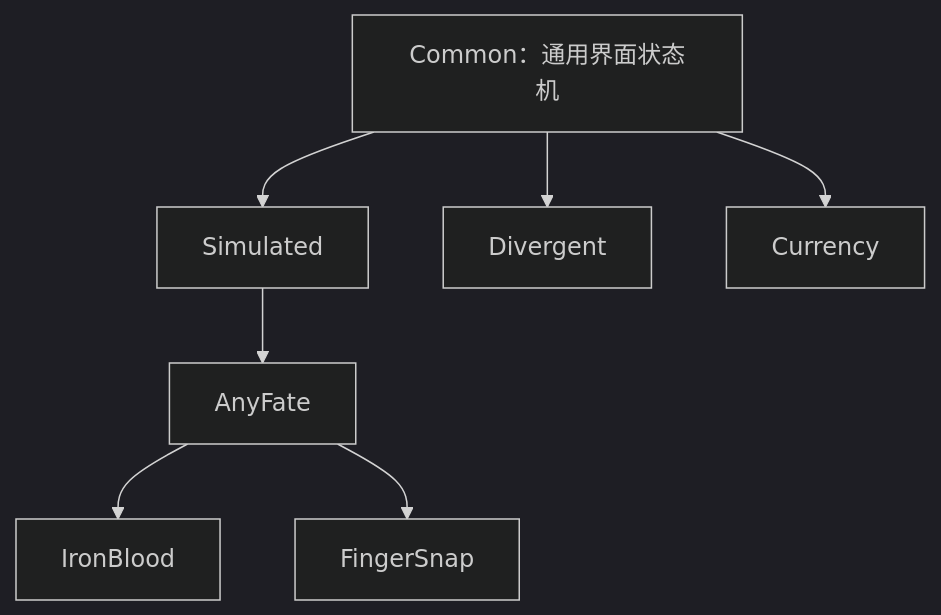
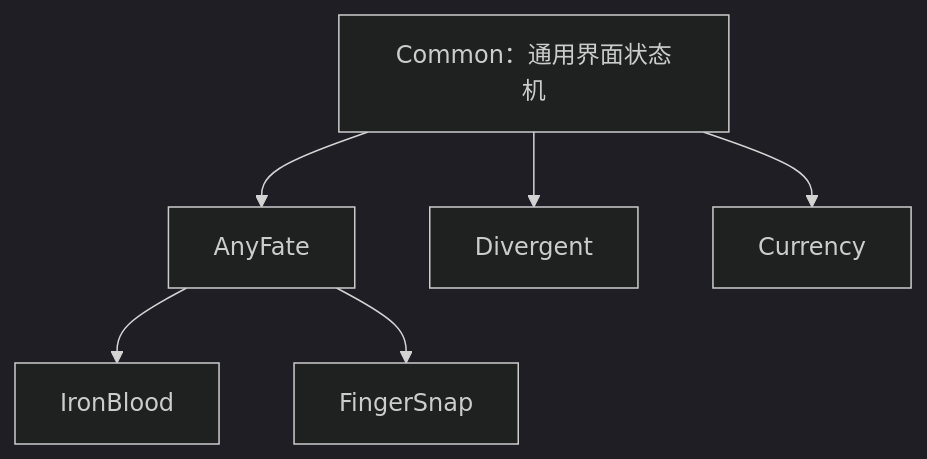
Before and after one commit to syfoud/Simulated_Scepter: the diagram in docs/development/内核配置界面.md, drawn with Mermaid (dark theme). The commit also changed other lines of this file and 9 other files, not shown here.

First line of the commit message:
refactor(core): 公共能力下沉 ScriptKernel，AnyFate 改继承 Common

````diff
--- a/docs/development/内核配置界面.md
+++ b/docs/development/内核配置界面.md
@@ -77,9 +76,8 @@
 ```mermaid
 graph TD
-    Common[Common：通用界面状态机] --> Simulated
+    Common[Common：通用界面状态机] --> AnyFate
     Common --> Divergent
     Common --> Currency
-    Simulated --> AnyFate
     AnyFate --> IronBlood
     AnyFate --> FingerSnap
 ```
````
